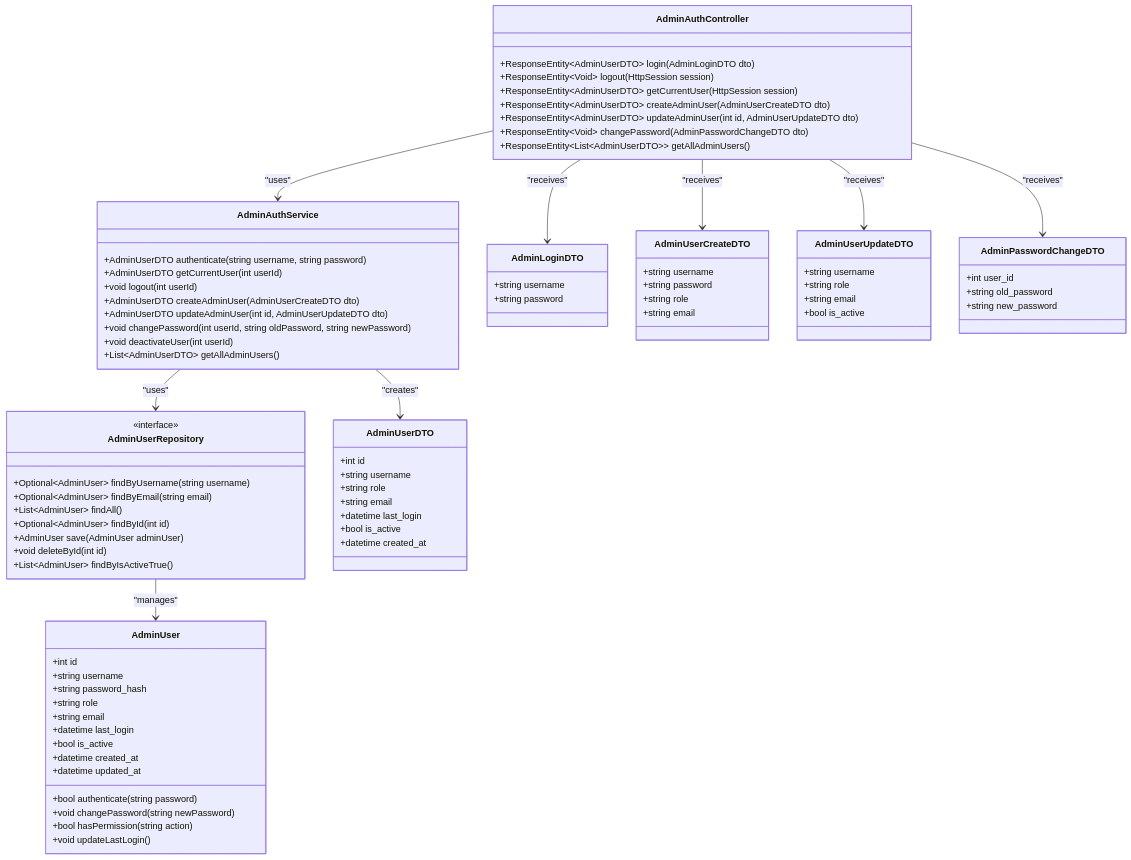
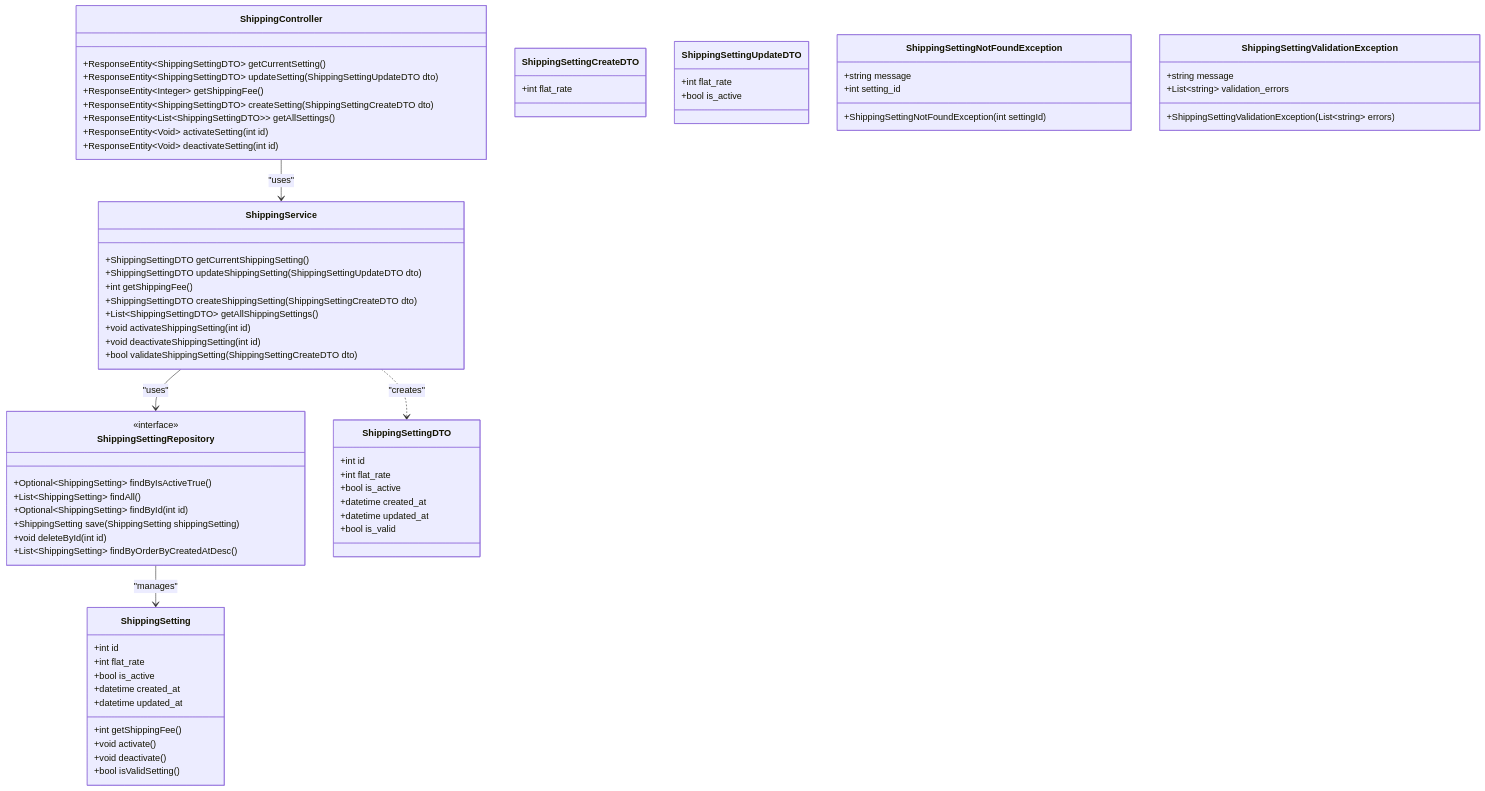
The fourth of 5 diagrams in 詳細設計/担当B_西嶋/クラス図_v2.md (Aoi-Yaegashi/teamF), drawn with Mermaid before and after one commit. The commit also changed other lines of this file, not shown here.

Commit message:
クラス図_v2完成

````diff
--- a/詳細設計/担当B_西嶋/クラス図_v2.md
+++ b/詳細設計/担当B_西嶋/クラス図_v2.md
@@ -339,99 +483,90 @@
 ```mermaid
-
 classDiagram
-    %% 管理者認証機能
-    class AdminUser {
+    %% 配送設定機能のクラス群
+    
+    %% 1. Entityクラス
+    class ShippingSetting {
         +int id
-        +string username
-        +string password_hash
-        +string role
-        +string email
-        +datetime last_login
+        +int flat_rate
         +bool is_active
         +datetime created_at
         +datetime updated_at
         
-        +bool authenticate(string password)
-        +void changePassword(string newPassword)
-        +bool hasPermission(string action)
-        +void updateLastLogin()
+        +int getShippingFee()
+        +void activate()
+        +void deactivate()
+        +bool isValidSetting()
     }
     
-    class AdminUserRepository {
+    %% 2. Repositoryインタフェース
+    class ShippingSettingRepository {
         <<interface>>
-        +Optional~AdminUser~ findByUsername(string username)
-        +Optional~AdminUser~ findByEmail(string email)
-        +List~AdminUser~ findAll()
-        +Optional~AdminUser~ findById(int id)
-        +AdminUser save(AdminUser adminUser)
+        +Optional~ShippingSetting~ findByIsActiveTrue()
+        +List~ShippingSetting~ findAll()
+        +Optional~ShippingSetting~ findById(int id)
+        +ShippingSetting save(ShippingSetting shippingSetting)
         +void deleteById(int id)
-        +List~AdminUser~ findByIsActiveTrue()
+        +List~ShippingSetting~ findByOrderByCreatedAtDesc()
     }
     
-    class AdminAuthService {
-        +AdminUserDTO authenticate(string username, string password)
-        +AdminUserDTO getCurrentUser(int userId)
-        +void logout(int userId)
-        +AdminUserDTO createAdminUser(AdminUserCreateDTO dto)
-        +AdminUserDTO updateAdminUser(int id, AdminUserUpdateDTO dto)
-        +void changePassword(int userId, string oldPassword, string newPassword)
-        +void deactivateUser(int userId)
-        +List~AdminUserDTO~ getAllAdminUsers()
+    %% 3. Serviceクラス
+    class ShippingService {
+        +ShippingSettingDTO getCurrentShippingSetting()
+        +ShippingSettingDTO updateShippingSetting(ShippingSettingUpdateDTO dto)
+        +int getShippingFee()
+        +ShippingSettingDTO createShippingSetting(ShippingSettingCreateDTO dto)
+        +List~ShippingSettingDTO~ getAllShippingSettings()
+        +void activateShippingSetting(int id)
+        +void deactivateShippingSetting(int id)
+        +bool validateShippingSetting(ShippingSettingCreateDTO dto)
     }
     
-    class AdminAuthController {
-        +ResponseEntity~AdminUserDTO~ login(AdminLoginDTO dto)
-        +ResponseEntity~Void~ logout(HttpSession session)
-        +ResponseEntity~AdminUserDTO~ getCurrentUser(HttpSession session)
-        +ResponseEntity~AdminUserDTO~ createAdminUser(AdminUserCreateDTO dto)
-        +ResponseEntity~AdminUserDTO~ updateAdminUser(int id, AdminUserUpdateDTO dto)
-        +ResponseEntity~Void~ changePassword(AdminPasswordChangeDTO dto)
-        +ResponseEntity~List~AdminUserDTO~~ getAllAdminUsers()
+    %% 4. Controllerクラス
+    class ShippingController {
+        +ResponseEntity~ShippingSettingDTO~ getCurrentSetting()
+        +ResponseEntity~ShippingSettingDTO~ updateSetting(ShippingSettingUpdateDTO dto)
+        +ResponseEntity~Integer~ getShippingFee()
+        +ResponseEntity~ShippingSettingDTO~ createSetting(ShippingSettingCreateDTO dto)
+        +ResponseEntity~List~ShippingSettingDTO~~ getAllSettings()
+        +ResponseEntity~Void~ activateSetting(int id)
+        +ResponseEntity~Void~ deactivateSetting(int id)
     }
     
-    class AdminUserDTO {
+    %% 5. DTOクラス
+    class ShippingSettingDTO {
         +int id
-        +string username
-        +string role
-        +string email
-        +datetime last_login
+        +int flat_rate
         +bool is_active
         +datetime created_at
+        +datetime updated_at
+        +bool is_valid
     }
     
-    class AdminLoginDTO {
-        +string username
-        +string password
+    class ShippingSettingCreateDTO {
+        +int flat_rate
     }
     
-    class AdminUserCreateDTO {
-        +string username
-        +string password
-        +string role
-        +string email
-    }
-    
-    class AdminUserUpdateDTO {
-        +string username
-        +string role
-        +string email
+    class ShippingSettingUpdateDTO {
+        +int flat_rate
         +bool is_active
     }
     
-    class AdminPasswordChangeDTO {
-        +int user_id
-        +string old_password
-        +string new_password
+    %% 例外クラス
+    class ShippingSettingNotFoundException {
+        +string message
+        +int setting_id
+        +ShippingSettingNotFoundException(int settingId)
+    }
+    
+    class ShippingSettingValidationException {
+        +string message
+        +List~string~ validation_errors
+        +ShippingSettingValidationException(List~string~ errors)
     }
     
     %% 関係
-    AdminUserRepository --> AdminUser : "manages"
-    AdminAuthService --> AdminUserRepository : "uses"
-    AdminAuthController --> AdminAuthService : "uses"
-    AdminAuthService --> AdminUserDTO : "creates"
-    AdminAuthController --> AdminLoginDTO : "receives"
-    AdminAuthController --> AdminUserCreateDTO : "receives"
-    AdminAuthController --> AdminUserUpdateDTO : "receives"
-    AdminAuthController --> AdminPasswordChangeDTO : "receives"
-
+    ShippingSettingRepository --> ShippingSetting : "manages"
+    ShippingService --> ShippingSettingRepository : "uses"
+    ShippingController --> ShippingService : "uses"
+    ShippingService ..> ShippingSettingDTO : "creates"
 ```
````
